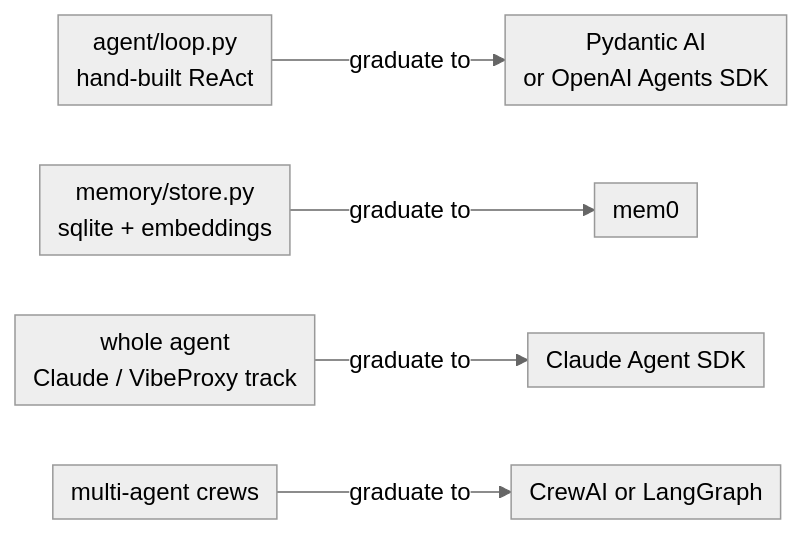
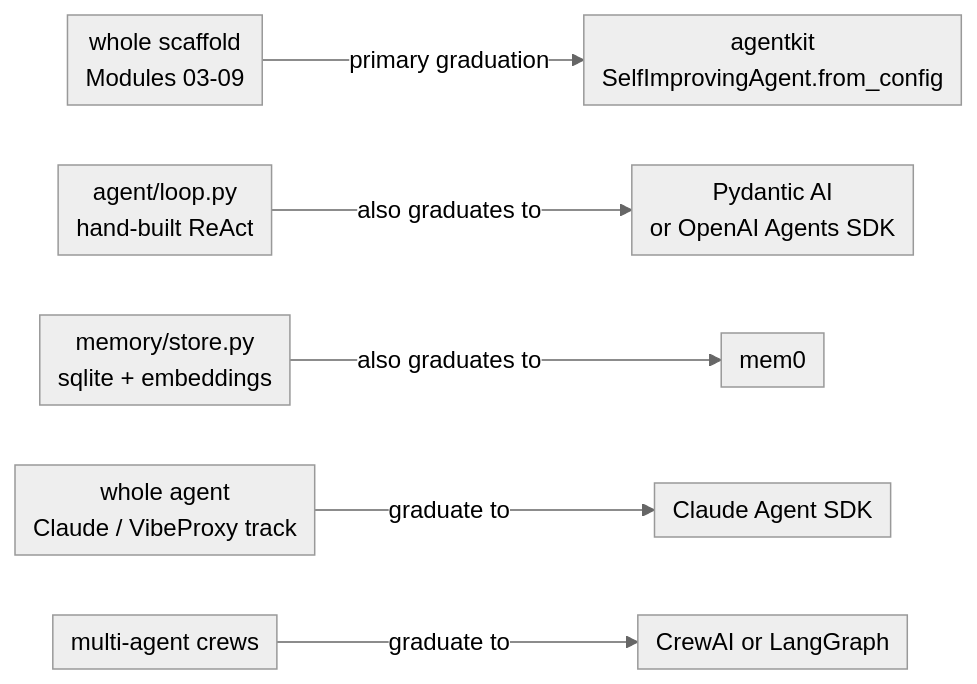
The second of 2 diagrams in curriculum/13 - Graduating to a Framework.md (shaneliuyx/self-improving-agents-curriculum), drawn with Mermaid before and after one commit. The commit also changed other lines of this file and 10 other files, not shown here.

First line of the commit message:
docs(curriculum): teach building the lab agent on agentkit (full replace)

````diff
--- a/curriculum/13 - Graduating to a Framework.md
+++ b/curriculum/13 - Graduating to a Framework.md
@@ -82,8 +161,9 @@
 ```mermaid
 %%{init: {"theme":"neutral","themeVariables":{"fontSize":"16px"},"flowchart":{"htmlLabels":true,"nodeSpacing":40,"rankSpacing":46,"padding":6,"useMaxWidth":true}}}%%
 flowchart LR
-    L1["agent/loop.py<br/>hand-built ReAct"] -->|graduate to| F1["Pydantic AI<br/>or OpenAI Agents SDK"]
-    L2["memory/store.py<br/>sqlite + embeddings"] -->|graduate to| F2["mem0"]
+    L0["whole scaffold<br/>Modules 03-09"] -->|primary graduation| AK["agentkit<br/>SelfImprovingAgent.from_config"]
+    L1["agent/loop.py<br/>hand-built ReAct"] -->|also graduates to| F1["Pydantic AI<br/>or OpenAI Agents SDK"]
+    L2["memory/store.py<br/>sqlite + embeddings"] -->|also graduates to| F2["mem0"]
     L3["whole agent<br/>Claude / VibeProxy track"] -->|graduate to| F3["Claude Agent SDK"]
     L4["multi-agent crews"] -->|graduate to| F4["CrewAI or LangGraph"]
 ```
````
